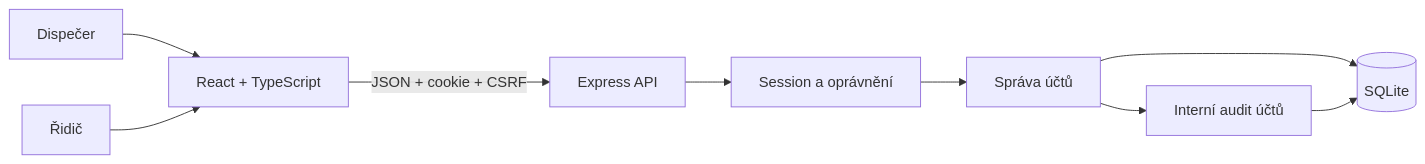
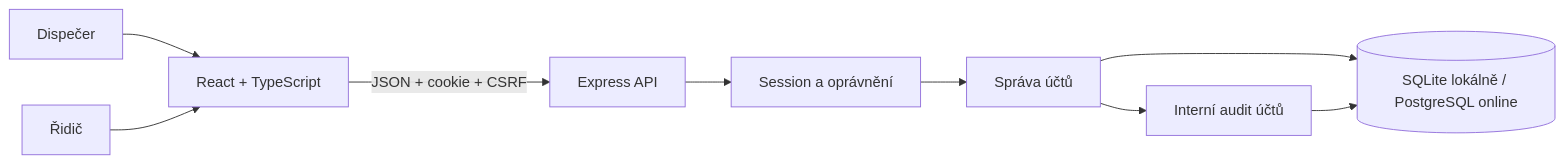
One commit to Witryx/Forester changed the diagram in docs/architektura.md. Above: the diagram before and after it, drawn with Mermaid. The commit also changed other lines of this file and 22 other files, not shown here.

Commit message:
Support Neon PostgreSQL and Vercel API deployment

````diff
--- a/docs/architektura.md
+++ b/docs/architektura.md
@@ -5,11 +5,11 @@
 ```mermaid
 flowchart LR
     D[Dispečer] --> UI[React + TypeScript]
     R[Řidič] --> UI
     UI -->|JSON + cookie + CSRF| API[Express API]
     API --> I[Session a oprávnění]
     I --> U[Správa účtů]
-    U --> DB[(SQLite)]
+    U --> DB[(SQLite lokálně / PostgreSQL online)]
     U --> A[Interní audit účtů]
     A --> DB
 ```
````
